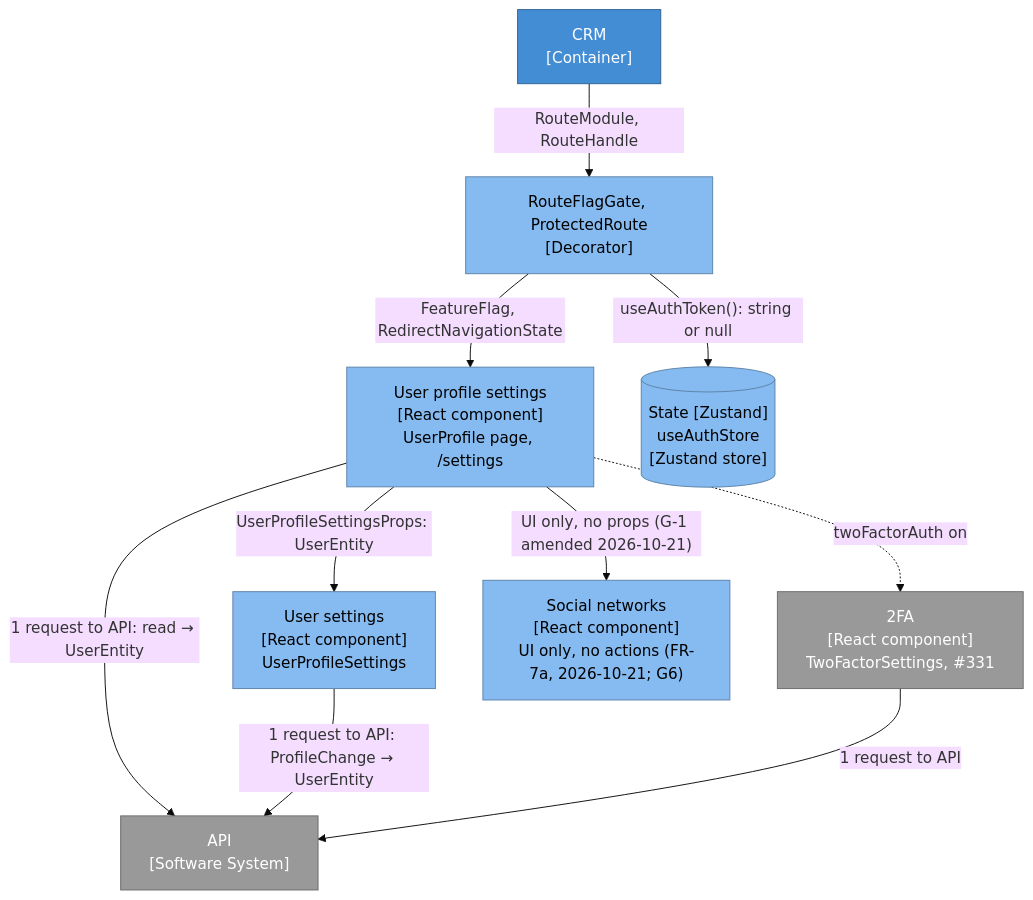
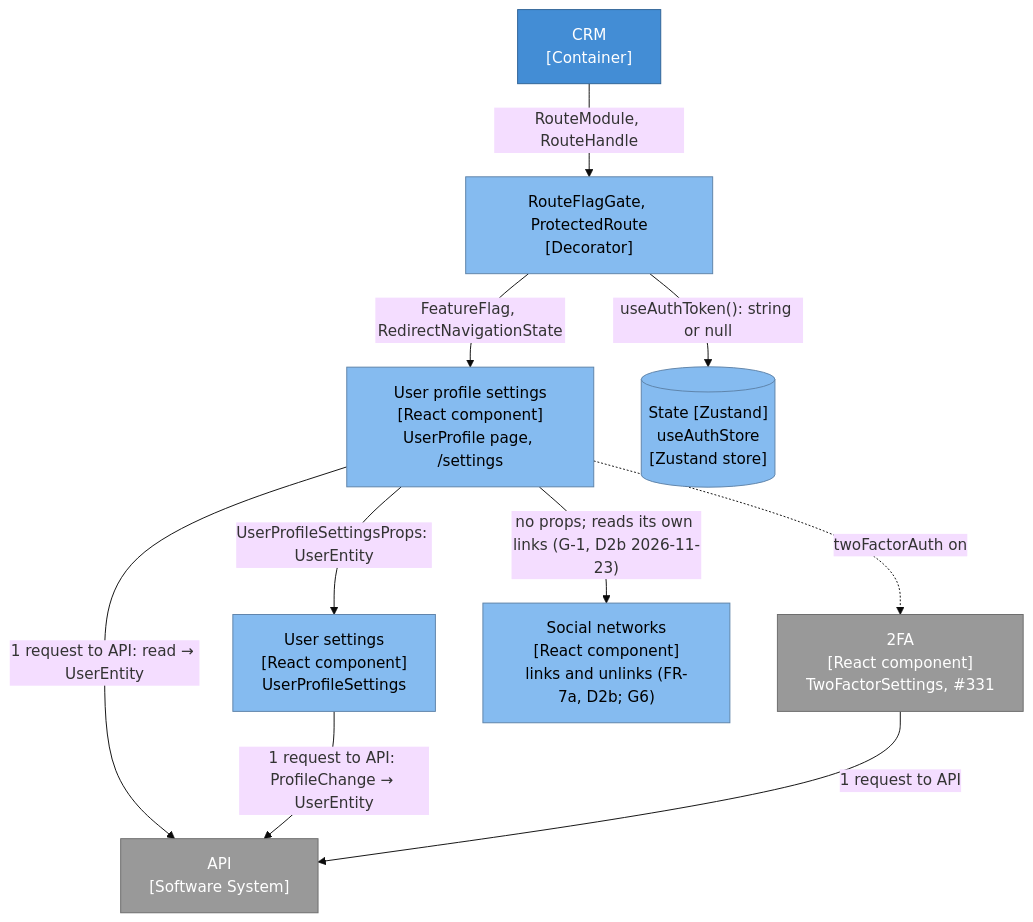
One commit to VilnaCRM-Org/crm changed the second of 8 diagrams in specs/user-settings/planning-artifacts/architecture-user-settings-2026-10-06.md. Above: the diagram before and after it, drawn with Mermaid (base theme). The commit also changed other lines of this file and 57 other files, not shown here.

````diff
--- a/specs/user-settings/planning-artifacts/architecture-user-settings-2026-10-06.md
+++ b/specs/user-settings/planning-artifacts/architecture-user-settings-2026-10-06.md
@@ -504,23 +513,23 @@
 ```mermaid
 flowchart TB
   crm["CRM<br/>[Container]"]:::container
   ups["User profile settings<br/>[React component]<br/>UserProfile page, /settings"]:::component
   us["User settings<br/>[React component]<br/>UserProfileSettings"]:::component
   twofa["2FA<br/>[React component]<br/>TwoFactorSettings, #331"]:::external
-  social["Social networks<br/>[React component]<br/>UI only, no actions (FR-7a, 2026-10-21; G6)"]:::component
+  social["Social networks<br/>[React component]<br/>links and unlinks (FR-7a, D2b; G6)"]:::component
   api["API<br/>[Software System]"]:::external
   state[("State [Zustand]<br/>useAuthStore<br/>[Zustand store]")]:::component
   gate["RouteFlagGate, ProtectedRoute<br/>[Decorator]"]:::component
   crm -->|"RouteModule, RouteHandle"| gate
   gate -->|"FeatureFlag, RedirectNavigationState"| ups
   ups -->|"UserProfileSettingsProps: UserEntity"| us
   ups -.->|"twoFactorAuth on"| twofa
-  ups -->|"UI only, no props (G-1 amended 2026-10-21)"| social
+  ups -->|"no props; reads its own links (G-1, D2b 2026-11-23)"| social
   ups -->|"1 request to API: read → UserEntity"| api
   us -->|"1 request to API: ProfileChange → UserEntity"| api
   twofa -->|"1 request to API"| api
   gate -->|"useAuthToken(): string or null"| state
   classDef component fill:#85BBF0,stroke:#5D82A8,color:#000;
   classDef container fill:#438DD5,stroke:#2E6295,color:#fff;
   classDef external fill:#999999,stroke:#6B6B6B,color:#fff;
 ```
````
